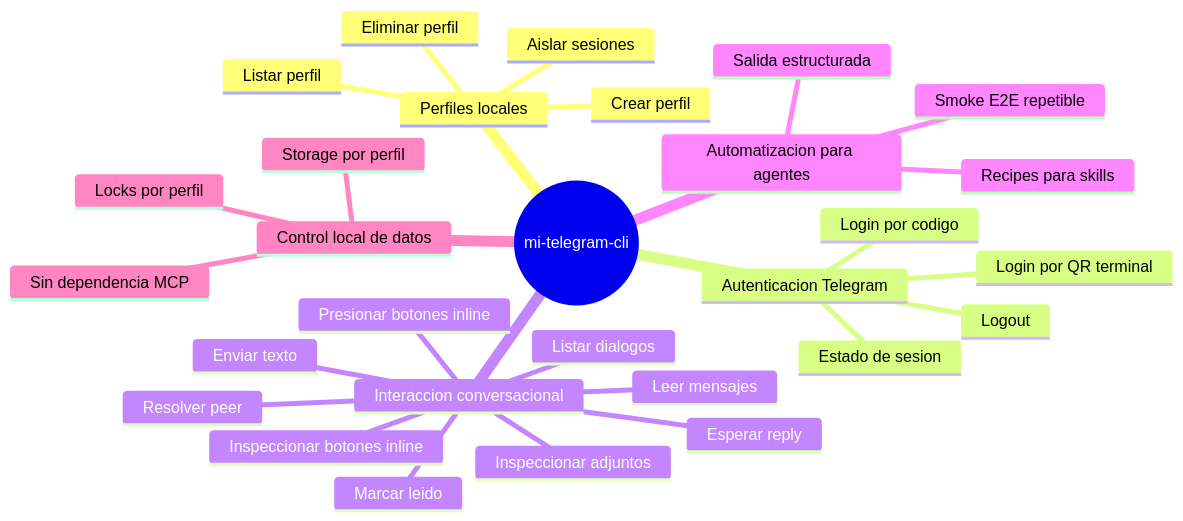
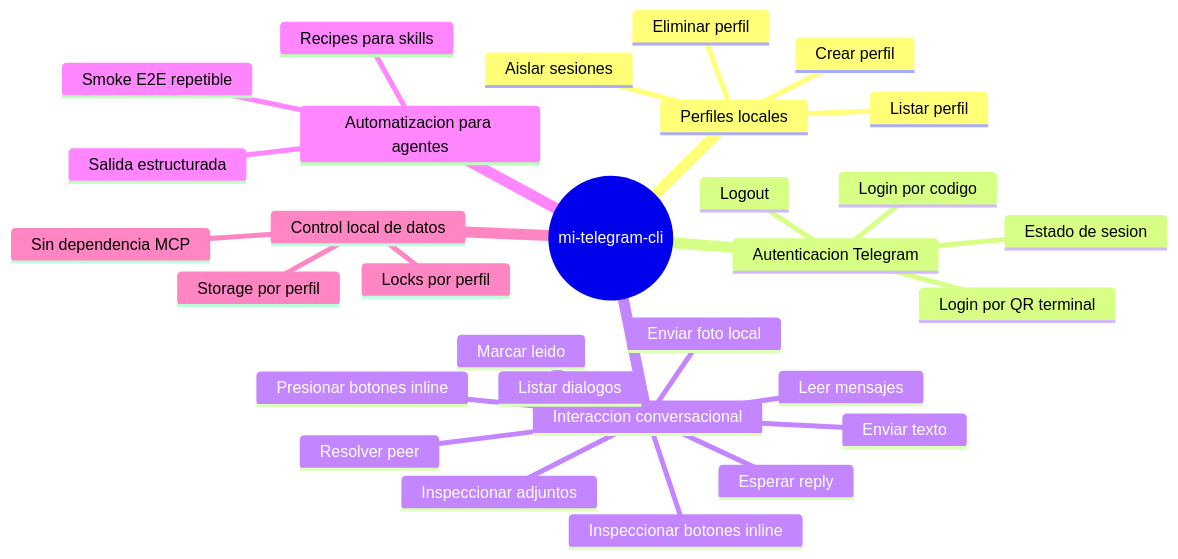
One commit to fgpaz/mi-telegram-cli changed the diagram in .docs/wiki/01_alcance_funcional.md. Above: the diagram before and after it, drawn with Mermaid. The commit also changed other lines of this file and 30 other files, not shown here.

````diff
--- a/.docs/wiki/01_alcance_funcional.md
+++ b/.docs/wiki/01_alcance_funcional.md
@@ -17,32 +17,33 @@
 ```mermaid
 mindmap
   root((mi-telegram-cli))
     Perfiles locales
       Crear perfil
       Listar perfil
       Eliminar perfil
       Aislar sesiones
     Autenticacion Telegram
       Login por codigo
       Login por QR terminal
       Estado de sesion
       Logout
     Interaccion conversacional
       Listar dialogos
       Resolver peer
       Leer mensajes
       Inspeccionar adjuntos
       Inspeccionar botones inline
       Enviar texto
+      Enviar foto local
       Esperar reply
       Presionar botones inline
       Marcar leido
     Automatizacion para agentes
       Salida estructurada
       Recipes para skills
       Smoke E2E repetible
     Control local de datos
       Storage por perfil
       Locks por perfil
       Sin dependencia MCP
 ```
````
